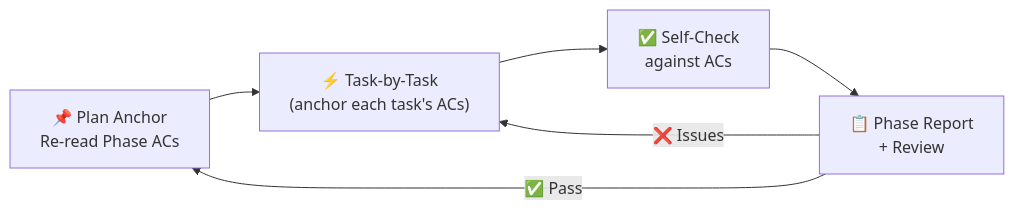
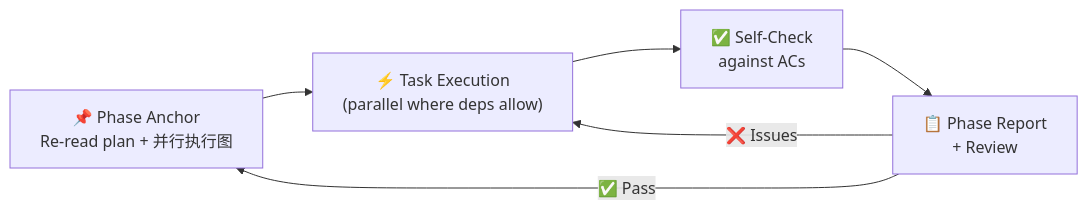
One commit to lawRossi/Broca changed the diagram in skills/execute-tasks/SKILL.md. Above: the diagram before and after it, drawn with Mermaid. The commit also changed other lines of this file and 5 other files, not shown here.

````diff
--- a/skills/execute-tasks/SKILL.md
+++ b/skills/execute-tasks/SKILL.md
@@ -49,8 +49,8 @@
 ```mermaid
 flowchart LR
-    A["📌 Plan Anchor<br/>Re-read Phase ACs"] --> B["⚡ Task-by-Task<br/>(anchor each task's ACs)"]
+    A["📌 Phase Anchor<br/>Re-read plan + 并行执行图"] --> B["⚡ Task Execution<br/>(parallel where deps allow)"]
     B --> C["✅ Self-Check<br/>against ACs"]
     C --> D["📋 Phase Report<br/>+ Review"]
     D -->|"✅ Pass"| A
     D -->|"❌ Issues"| B
 ```
````
